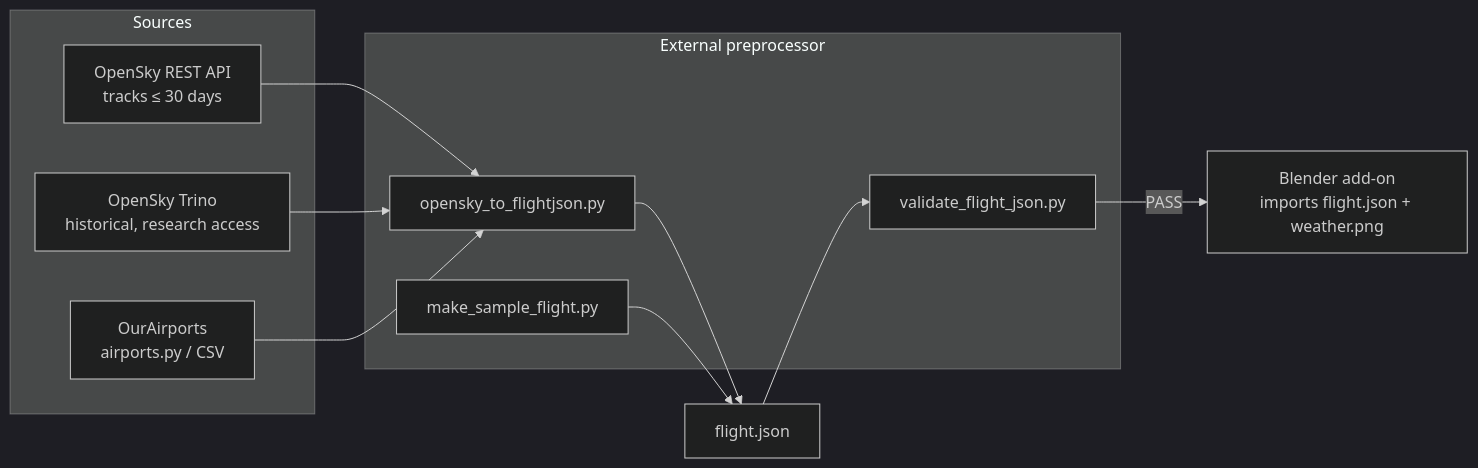
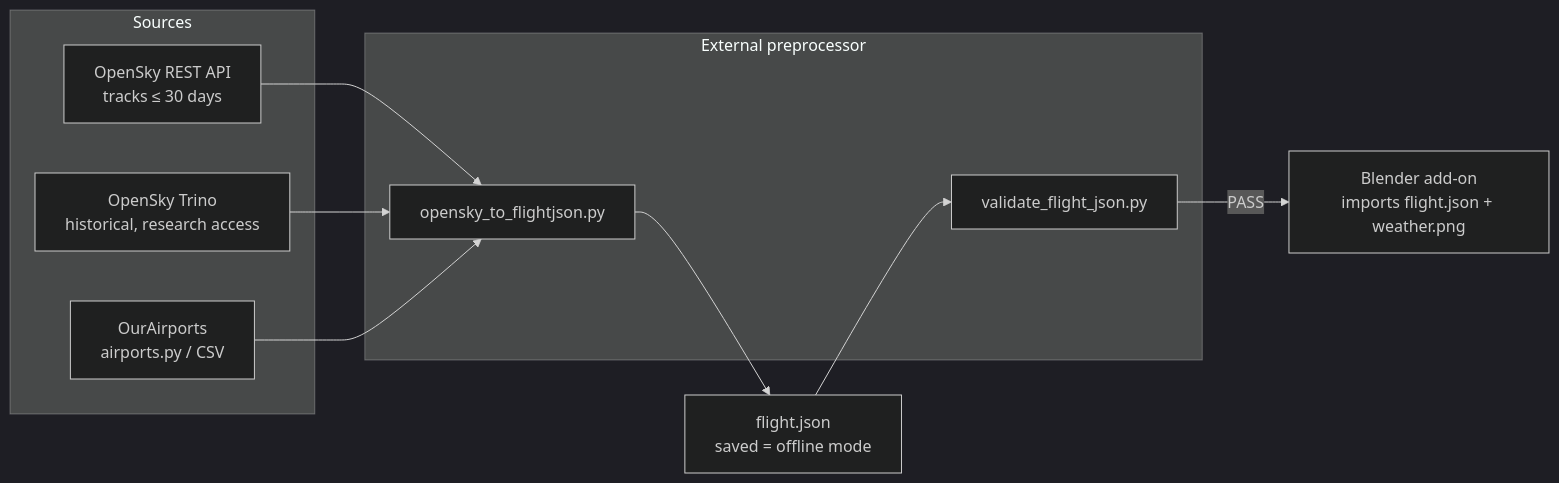
The diagram in preprocess/README.md (erinc-emre/DBP), drawn with Mermaid (dark theme) before and after one commit. The commit also changed other lines of this file and 7 other files, not shown here.

First line of the commit message:
Remove synthetic sample flight data

````diff
--- a/preprocess/README.md
+++ b/preprocess/README.md
@@ -29,20 +33,18 @@
 ```mermaid
 flowchart LR
     subgraph Sources
         A[OpenSky REST API<br/>tracks &le; 30 days]
         B[OpenSky Trino<br/>historical, research access]
         C[OurAirports<br/>airports.py / CSV]
     end
     subgraph Preprocessor [External preprocessor]
         D[opensky_to_flightjson.py]
-        E[make_sample_flight.py]
         F[validate_flight_json.py]
     end
     A --> D
     B --> D
     C --> D
-    D --> G[flight.json]
-    E --> G
+    D --> G[flight.json<br/>saved = offline mode]
     G --> F
     F -->|PASS| H[Blender add-on<br/>imports flight.json + weather.png]
 ```
````
